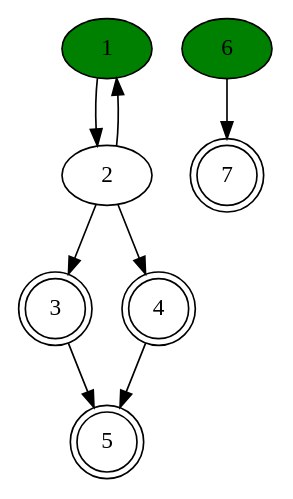
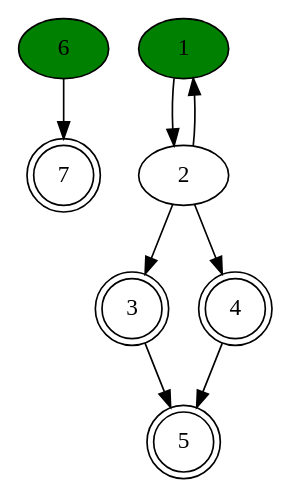
The diagram in flow.dot (SamirToularhmine/Enoso), drawn with Graphviz before and after one commit. The commit also changed 4 other files, not shown here.

Commit message:
Début du l'init d'un flow par program

```diff
--- a/flow.dot
+++ b/flow.dot
@@ -1,27 +1,27 @@
 digraph G {
 {
-1 [style = filled fillcolor = green]
-}
-1 -> { 2 }
-2 -> { 3, 1, 4 }
-{
-4 [shape = doublecircle]
-}
-4 -> { 5 }
-{
-5 [shape = doublecircle]
+7 [shape = doublecircle]
 }
 
 {
 6 [style = filled fillcolor = green]
 }
 6 -> { 7 }
 {
+1 [style = filled fillcolor = green]
+}
+1 -> { 2 }
+2 -> { 3 1 4 }
+{
+5 [shape = doublecircle]
+}
+
+{
+4 [shape = doublecircle]
+}
+4 -> { 5 }
+{
 3 [shape = doublecircle]
 }
 3 -> { 5 }
-{
-7 [shape = doublecircle]
 }
-
-}
```
